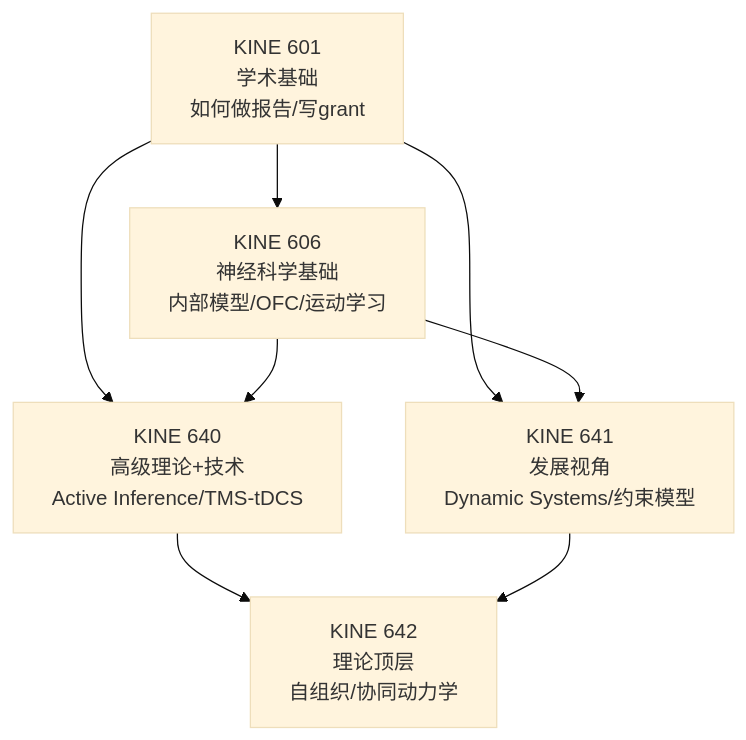
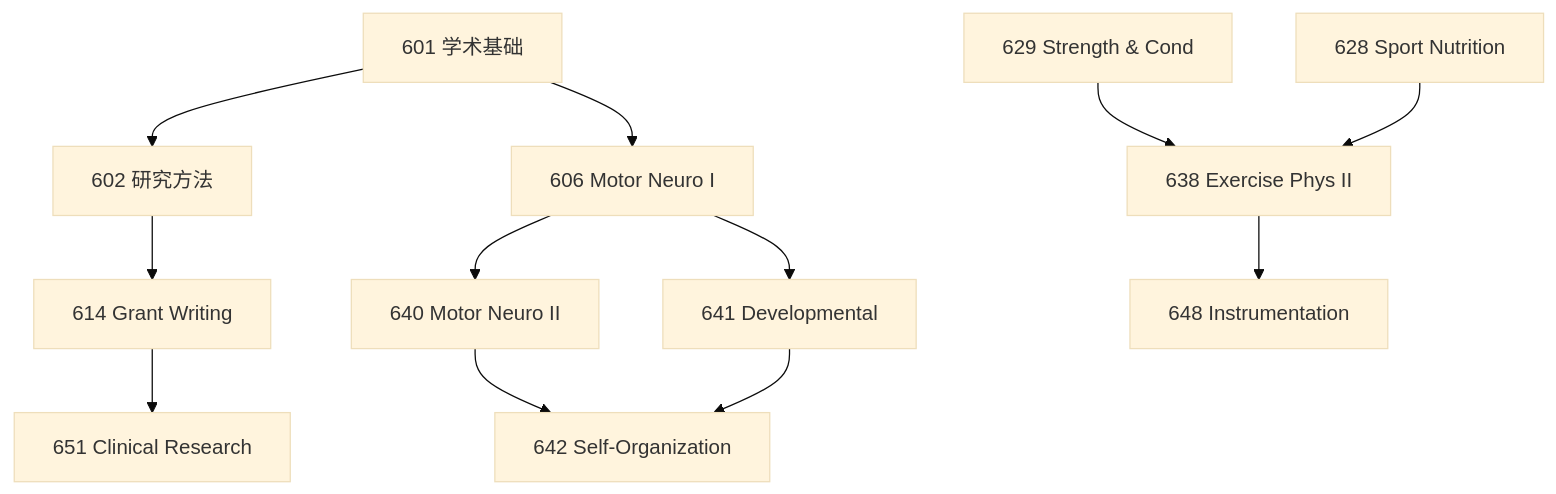
Before and after one commit to etherealstarry/kinesiology-motor-control-guide: the diagram in docs/核心课程/index.md, drawn with Mermaid (base theme). The commit also changed other lines of this file and 12 other files, not shown here.

````diff
--- a/docs/核心课程/index.md
+++ b/docs/核心课程/index.md
@@ -34,11 +67,16 @@
 ```mermaid
 graph TD
-    K601[KINE 601<br/>学术基础<br/>如何做报告/写grant] --> K606[KINE 606<br/>神经科学基础<br/>内部模型/OFC/运动学习]
-    K601 --> K640[KINE 640<br/>高级理论+技术<br/>Active Inference/TMS-tDCS]
-    K601 --> K641[KINE 641<br/>发展视角<br/>Dynamic Systems/约束模型]
+    K601[601 学术基础] --> K602[602 研究方法]
+    K601 --> K606[606 Motor Neuro I]
+    K606 --> K640[640 Motor Neuro II]
+    K606 --> K641[641 Developmental]
+    K640 --> K642[642 Self-Organization]
+    K641 --> K642
     
-    K606 --> K640
-    K606 --> K641
-    K640 --> K642[KINE 642<br/>理论顶层<br/>自组织/协同动力学]
-    K641 --> K642
+    K602 --> K614[614 Grant Writing]
+    K614 --> K651[651 Clinical Research]
+    
+    K629[629 Strength & Cond] --> K638[638 Exercise Phys II]
+    K638 --> K648[648 Instrumentation]
+    K628[628 Sport Nutrition] --> K638
 ```
````
